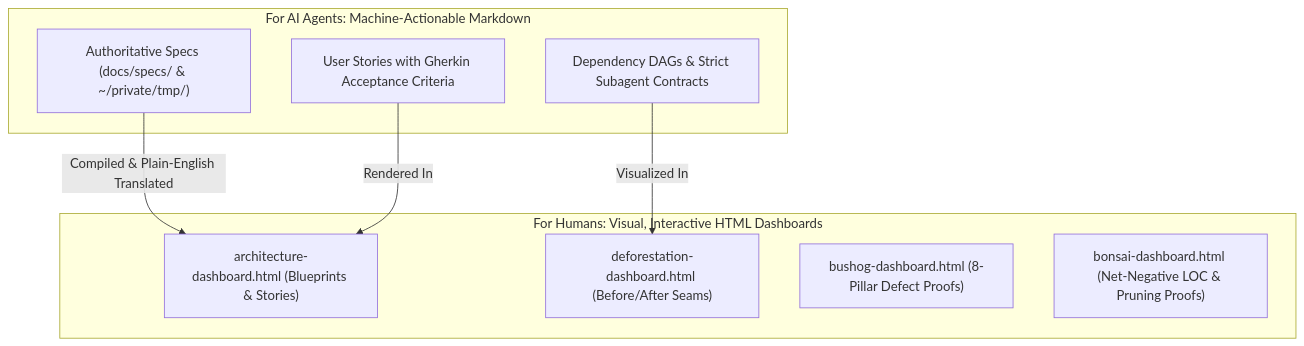
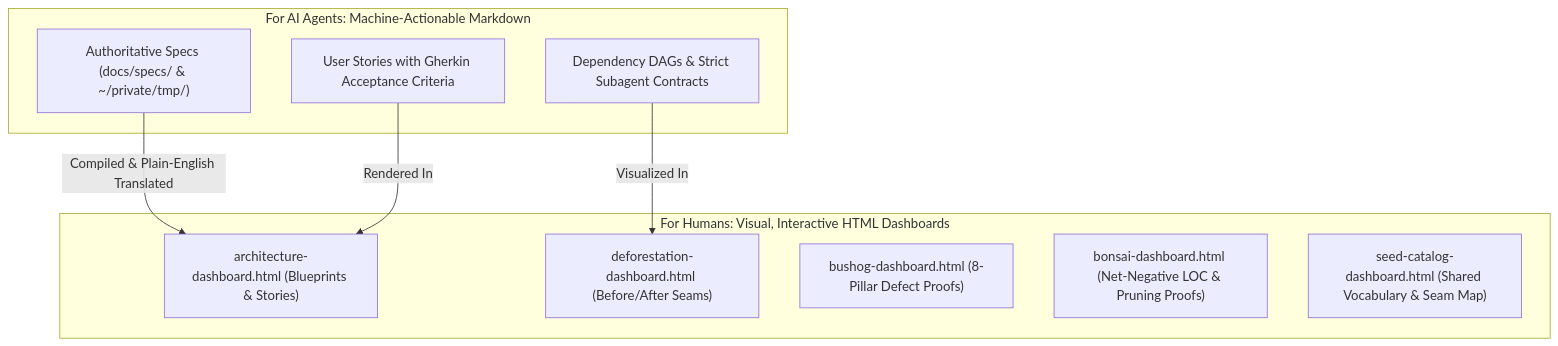
Before and after one commit to mcmxciillan/code-gardening: the third of 3 diagrams in README.md, drawn with Mermaid. The commit also changed other lines of this file and 15 other files, not shown here.

Commit message:
feat(seed-catalog): add /seed-catalog skill and 7-skill loose-coupling hooks

````diff
--- a/README.md
+++ b/README.md
@@ -97,19 +102,20 @@
 ```mermaid
 graph TD
     subgraph "For AI Agents: Machine-Actionable Markdown"
         A1["Authoritative Specs (docs/specs/ & ~/private/tmp/)"]
         A2["User Stories with Gherkin Acceptance Criteria"]
         A3["Dependency DAGs & Strict Subagent Contracts"]
     end
 
     subgraph "For Humans: Visual, Interactive HTML Dashboards"
         H1["architecture-dashboard.html (Blueprints & Stories)"]
         H2["deforestation-dashboard.html (Before/After Seams)"]
         H3["bushog-dashboard.html (8-Pillar Defect Proofs)"]
         H4["bonsai-dashboard.html (Net-Negative LOC & Pruning Proofs)"]
+        H5["seed-catalog-dashboard.html (Shared Vocabulary & Seam Map)"]
     end
 
     A1 -->|Compiled & Plain-English Translated| H1
     A2 -->|Rendered In| H1
     A3 -->|Visualized In| H2
 ```
````
